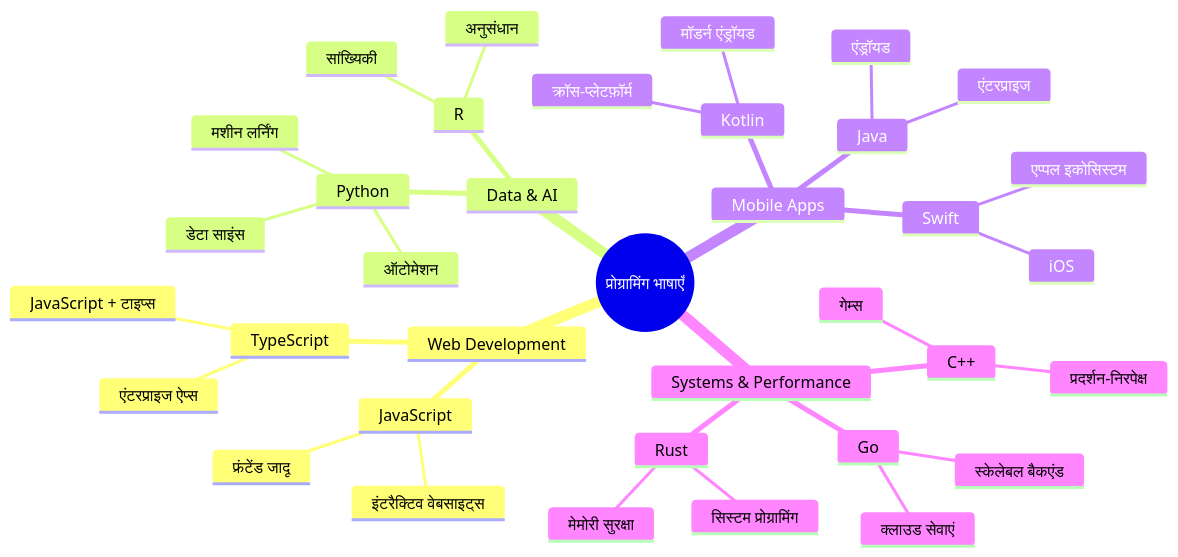
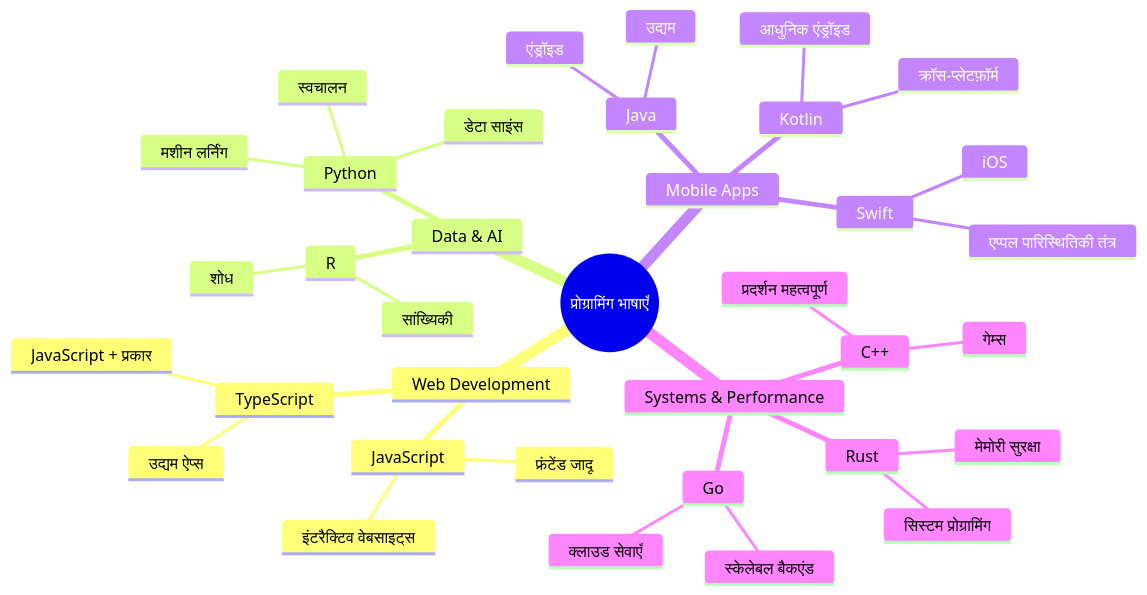
One commit to microsoft/Web-Dev-For-Beginners changed the second of 7 diagrams in translations/hi/1-getting-started-lessons/1-intro-to-programming-languages/README.md. Above: the diagram before and after it, drawn with Mermaid. The commit also changed other lines of this file and 11 other files, not shown here.

````diff
--- a/translations/hi/1-getting-started-lessons/1-intro-to-programming-languages/README.md
+++ b/translations/hi/1-getting-started-lessons/1-intro-to-programming-languages/README.md
@@ -85,39 +85,39 @@
 ```mermaid
 mindmap
   root((प्रोग्रामिंग भाषाएँ))
     Web Development
       JavaScript
         फ्रंटेंड जादू
         इंटरैक्टिव वेबसाइट्स
       TypeScript
-        JavaScript + टाइप्स
-        एंटरप्राइज ऐप्स
+        JavaScript + प्रकार
+        उद्यम ऐप्स
     Data & AI
       Python
         डेटा साइंस
         मशीन लर्निंग
-        ऑटोमेशन
+        स्वचालन
       R
         सांख्यिकी
-        अनुसंधान
+        शोध
     Mobile Apps
       Java
-        एंड्रॉयड
-        एंटरप्राइज
+        एंड्रॉइड
+        उद्यम
       Swift
         iOS
-        एप्पल इकोसिस्टम
+        एप्पल पारिस्थितिकी तंत्र
       Kotlin
-        मॉडर्न एंड्रॉयड
+        आधुनिक एंड्रॉइड
         क्रॉस-प्लेटफ़ॉर्म
     Systems & Performance
       C++
         गेम्स
-        प्रदर्शन-निरपेक्ष
+        प्रदर्शन महत्वपूर्ण
       Rust
         मेमोरी सुरक्षा
         सिस्टम प्रोग्रामिंग
       Go
-        क्लाउड सेवाएं
+        क्लाउड सेवाएँ
         स्केलेबल बैकएंड
 ```
````
